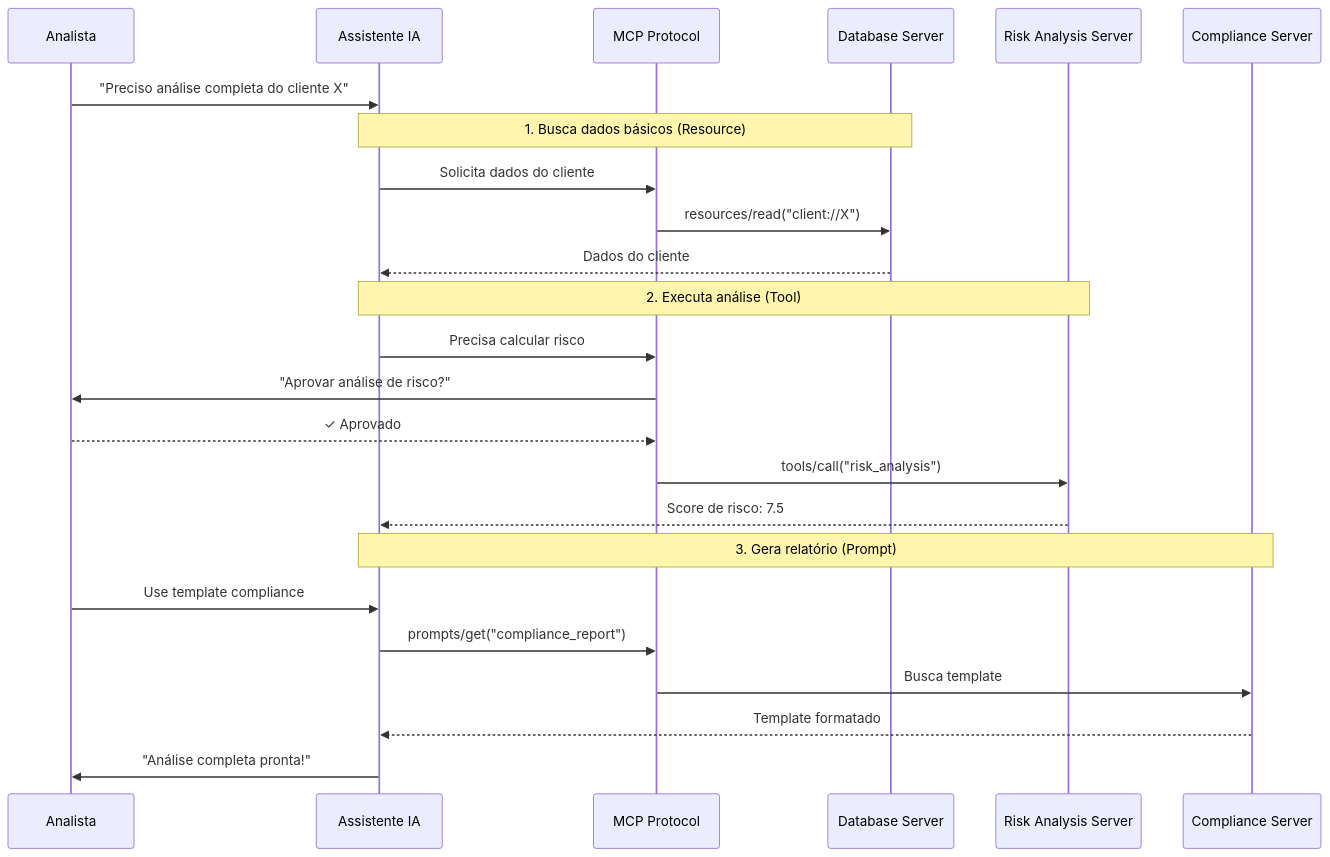
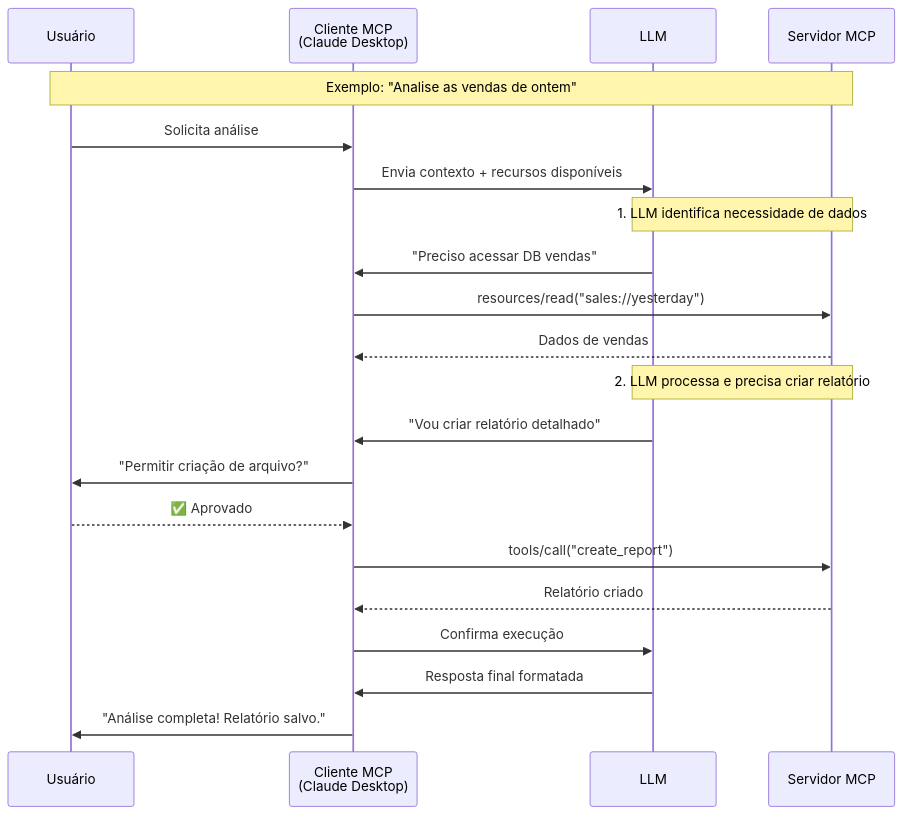
Before and after one commit to felipepimentel/my-public-notes: the seventh of 20 diagrams in AI/Comunicação/MCP/00-mcp-presentation-zero to hero.md, drawn with Mermaid. The commit also changed other lines of this file, not shown here.

````diff
--- a/AI/Comunicação/MCP/00-mcp-presentation-zero to hero.md
+++ b/AI/Comunicação/MCP/00-mcp-presentation-zero to hero.md
@@ -254,31 +219,28 @@
 ```mermaid
 sequenceDiagram
-    participant A as Analista
-    participant AI as Assistente IA
-    participant MCP as MCP Protocol
-    participant D1 as Database Server
-    participant D2 as Risk Analysis Server
-    participant D3 as Compliance Server
+    participant U as Usuário
+    participant C as Cliente MCP<br/>(Claude Desktop)
+    participant L as LLM
+    participant S as Servidor MCP
     
-    A->>AI: "Preciso análise completa do cliente X"
+    Note over U,S: Exemplo: "Analise as vendas de ontem"
     
-    Note over AI,D1: 1. Busca dados básicos (Resource)
-    AI->>MCP: Solicita dados do cliente
-    MCP->>D1: resources/read("client://X")
-    D1-->>AI: Dados do cliente
+    U->>C: Solicita análise
+    C->>L: Envia contexto + recursos disponíveis
     
-    Note over AI,D2: 2. Executa análise (Tool)
-    AI->>MCP: Precisa calcular risco
-    MCP->>A: "Aprovar análise de risco?"
-    A-->>MCP: ✓ Aprovado
-    MCP->>D2: tools/call("risk_analysis")
-    D2-->>AI: Score de risco: 7.5
+    Note over L,S: 1. LLM identifica necessidade de dados
+    L->>C: "Preciso acessar DB vendas"
+    C->>S: resources/read("sales://yesterday")
+    S-->>C: Dados de vendas
     
-    Note over AI,D3: 3. Gera relatório (Prompt)
-    A->>AI: Use template compliance
-    AI->>MCP: prompts/get("compliance_report")
-    MCP->>D3: Busca template
-    D3-->>AI: Template formatado
+    Note over L,S: 2. LLM processa e precisa criar relatório
+    L->>C: "Vou criar relatório detalhado"
+    C->>U: "Permitir criação de arquivo?"
+    U-->>C: ✅ Aprovado
+    C->>S: tools/call("create_report")
+    S-->>C: Relatório criado
     
-    AI->>A: "Análise completa pronta!"
+    C->>L: Confirma execução
+    L->>C: Resposta final formatada
+    C->>U: "Análise completa! Relatório salvo."
 ```
````
